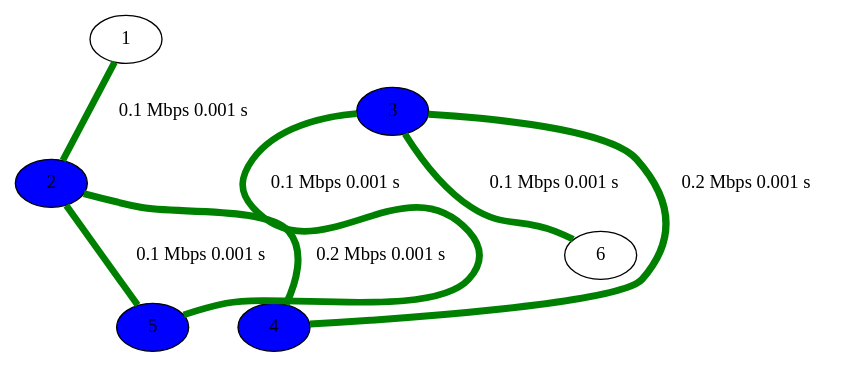
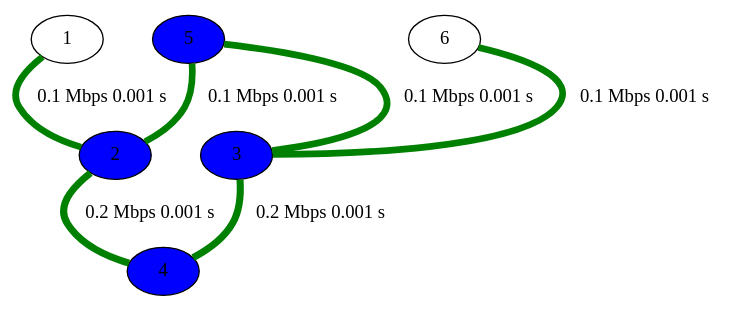
Before and after one commit to nonononoka/ntSimulator: the diagram in network.gv, drawn with Graphviz. The commit also changed other lines of this file and 9 other files, not shown here.

```diff
--- a/network.gv
+++ b/network.gv
@@ -1,52 +1,52 @@
 strict graph {
 
+
+	"5" [ fillcolor="blue", style="filled",  weight=0 ];
+
+	"5" -- "2" [ color="green", label="0.1 Mbps 0.001 s
+", penwidth="5.00",  weight=0 ];
+
+	"5" -- "3" [ color="green", label="0.1 Mbps 0.001 s
+", penwidth="5.00",  weight=0 ];
+
+	"6" [  weight=0 ];
+
+	"6" -- "3" [ color="green", label="0.1 Mbps 0.001 s
+", penwidth="5.00",  weight=0 ];
 
 	"1" [  weight=0 ];
 
 	"1" -- "2" [ color="green", label="0.1 Mbps 0.001 s
 ", penwidth="5.00",  weight=0 ];
 
 	"2" [ fillcolor="blue", style="filled",  weight=0 ];
 
-	"2" -- "5" [ color="green", label="0.1 Mbps 0.001 s
-", penwidth="5.00",  weight=0 ];
-
 	"2" -- "1" [ color="green", label="0.1 Mbps 0.001 s
 ", penwidth="5.00",  weight=0 ];
 
 	"2" -- "4" [ color="green", label="0.2 Mbps 0.001 s
 ", penwidth="5.30",  weight=0 ];
+
+	"2" -- "5" [ color="green", label="0.1 Mbps 0.001 s
+", penwidth="5.00",  weight=0 ];
 
 	"3" [ fillcolor="blue", style="filled",  weight=0 ];
 
 	"3" -- "6" [ color="green", label="0.1 Mbps 0.001 s
 ", penwidth="5.00",  weight=0 ];
 
 	"3" -- "4" [ color="green", label="0.2 Mbps 0.001 s
 ", penwidth="5.30",  weight=0 ];
 
 	"3" -- "5" [ color="green", label="0.1 Mbps 0.001 s
 ", penwidth="5.00",  weight=0 ];
 
 	"4" [ fillcolor="blue", style="filled",  weight=0 ];
 
 	"4" -- "2" [ color="green", label="0.2 Mbps 0.001 s
 ", penwidth="5.30",  weight=0 ];
 
 	"4" -- "3" [ color="green", label="0.2 Mbps 0.001 s
 ", penwidth="5.30",  weight=0 ];
 
-	"5" [ fillcolor="blue", style="filled",  weight=0 ];
-
-	"5" -- "3" [ color="green", label="0.1 Mbps 0.001 s
-", penwidth="5.00",  weight=0 ];
-
-	"5" -- "2" [ color="green", label="0.1 Mbps 0.001 s
-", penwidth="5.00",  weight=0 ];
-
-	"6" [  weight=0 ];
-
-	"6" -- "3" [ color="green", label="0.1 Mbps 0.001 s
-", penwidth="5.00",  weight=0 ];
-
 }
```
